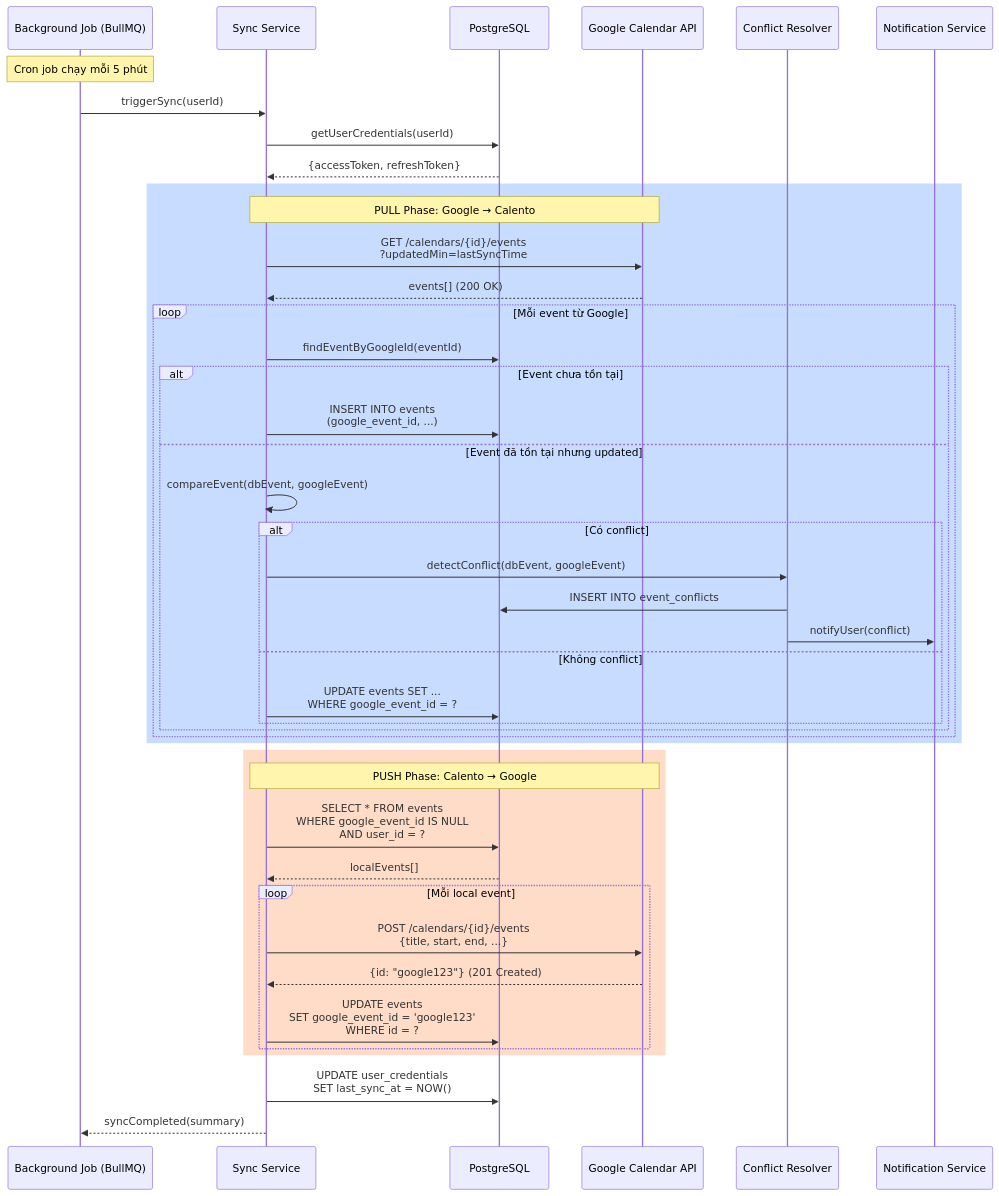
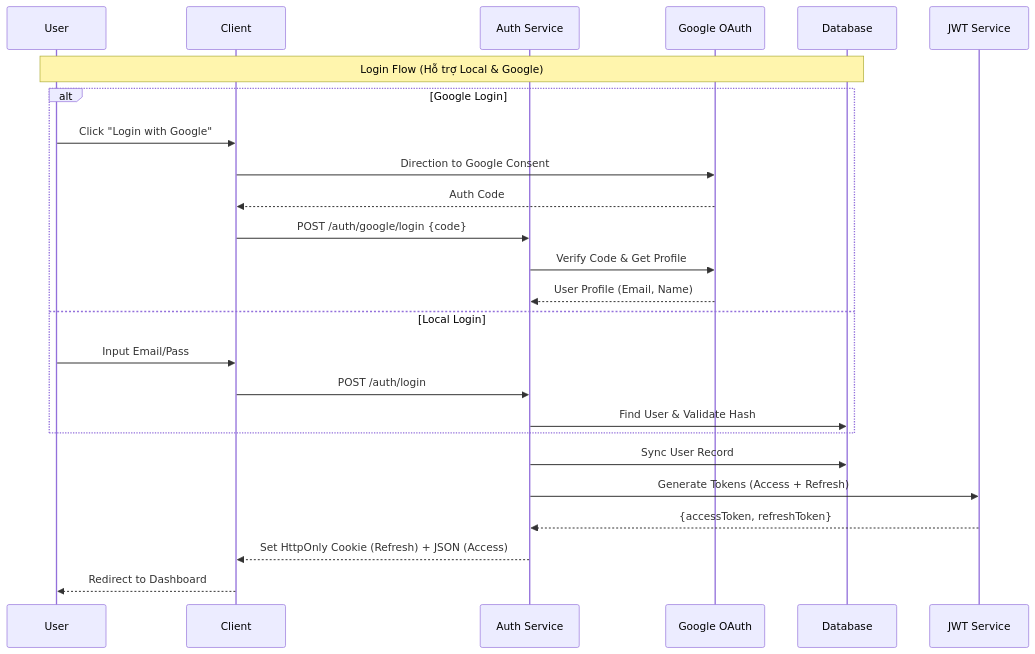
One commit to TDevUIT/Calento changed diagram 11 of 19 in reports/SE347_Báo Cáo_Nhóm 2.docx.md. Above: the diagram before and after it, drawn with Mermaid. The commit also changed other lines of this file, not shown here.

Commit message:
feat(report): update business process flows and sequence diagrams

````diff
--- a/reports/SE347_Báo Cáo_Nhóm 2.docx.md
+++ b/reports/SE347_Báo Cáo_Nhóm 2.docx.md
@@ -1571,52 +1488,31 @@
 ```mermaid
 sequenceDiagram
-    participant BG as Background Job (BullMQ)
-    participant SYNC as Sync Service
-    participant DB as PostgreSQL
-    participant GCAL as Google Calendar API
-    participant CONF as Conflict Resolver
-    participant NOTIFY as Notification Service
+    participant U as User
+    participant C as Client
+    participant A as Auth Service
+    participant G as Google OAuth
+    participant DB as Database
+    participant J as JWT Service
 
-    Note over BG: Cron job chạy mỗi 5 phút
+    Note over U, DB: Login Flow (Hỗ trợ Local & Google)
+
+    alt Google Login
+        U->>C: Click "Login with Google"
+        C->>G: Direction to Google Consent
+        G-->>C: Auth Code
+        C->>A: POST /auth/google/login {code}
+        A->>G: Verify Code & Get Profile
+        G-->>A: User Profile (Email, Name)
+    else Local Login
+        U->>C: Input Email/Pass
+        C->>A: POST /auth/login
+        A->>DB: Find User & Validate Hash
+    end
+
+    A->>DB: Sync User Record
+    A->>J: Generate Tokens (Access + Refresh)
+    J-->>A: {accessToken, refreshToken}
     
-    BG->>SYNC: triggerSync(userId)
-    SYNC->>DB: getUserCredentials(userId)
-    DB-->>SYNC: {accessToken, refreshToken}
-    
-    rect rgb(200, 220, 255)
-        Note over SYNC,GCAL: PULL Phase: Google → Calento
-        SYNC->>GCAL: GET /calendars/{id}/events<br/>?updatedMin=lastSyncTime
-        GCAL-->>SYNC: events[] (200 OK)
-        
-        loop Mỗi event từ Google
-            SYNC->>DB: findEventByGoogleId(eventId)
-            alt Event chưa tồn tại
-                SYNC->>DB: INSERT INTO events<br/>(google_event_id, ...)
-            else Event đã tồn tại nhưng updated
-                SYNC->>SYNC: compareEvent(dbEvent, googleEvent)
-                alt Có conflict
-                    SYNC->>CONF: detectConflict(dbEvent, googleEvent)
-                    CONF->>DB: INSERT INTO event_conflicts
-                    CONF->>NOTIFY: notifyUser(conflict)
-                else Không conflict
-                    SYNC->>DB: UPDATE events SET ...<br/>WHERE google_event_id = ?
-                end
-            end
-        end
-    end
-    
-    rect rgb(255, 220, 200)
-        Note over SYNC,GCAL: PUSH Phase: Calento → Google
-        SYNC->>DB: SELECT * FROM events<br/>WHERE google_event_id IS NULL<br/>AND user_id = ?
-        DB-->>SYNC: localEvents[]
-        
-        loop Mỗi local event
-            SYNC->>GCAL: POST /calendars/{id}/events<br/>{title, start, end, ...}
-            GCAL-->>SYNC: {id: "google123"} (201 Created)
-            SYNC->>DB: UPDATE events<br/>SET google_event_id = 'google123'<br/>WHERE id = ?
-        end
-    end
-    
-    SYNC->>DB: UPDATE user_credentials<br/>SET last_sync_at = NOW()
-    SYNC-->>BG: syncCompleted(summary)
+    A-->>C: Set HttpOnly Cookie (Refresh) + JSON (Access)
+    C-->>U: Redirect to Dashboard
 ```
````
